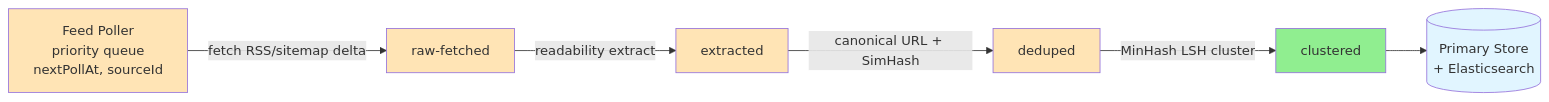
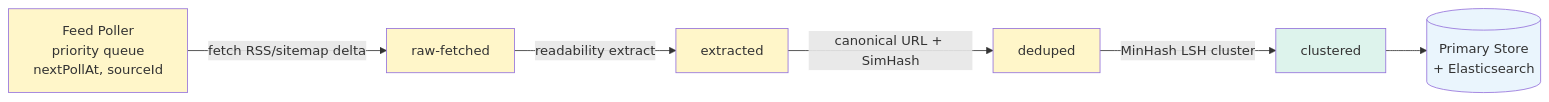
The second of 7 diagrams in LLD/questions/Design News Aggregator.md (cartmancodes/InterviewVault), drawn with Mermaid before and after one commit. The commit also changed other lines of this file and 679 other files, not shown here.

Commit message:
Unify content diagrams and add accessible visual walkthroughs

````diff
--- a/LLD/questions/Design News Aggregator.md
+++ b/LLD/questions/Design News Aggregator.md
@@ -189,22 +189,22 @@
 ```mermaid
 graph LR
     POLL[Feed Poller<br/>priority queue<br/>nextPollAt, sourceId]
     RAW[raw-fetched]
     EXT[extracted]
     DED[deduped]
     CLU[clustered]
     STORE[(Primary Store<br/>+ Elasticsearch)]
 
     POLL -->|fetch RSS/sitemap delta| RAW
     RAW -->|readability extract| EXT
     EXT -->|canonical URL + SimHash| DED
     DED -->|MinHash LSH cluster| CLU
     CLU --> STORE
 
-    style POLL fill:#FFE4B5
-    style RAW fill:#FFE4B5
-    style EXT fill:#FFE4B5
-    style DED fill:#FFE4B5
-    style CLU fill:#90EE90
-    style STORE fill:#e1f5ff
+    style POLL fill:#FFF6C9
+    style RAW fill:#FFF6C9
+    style EXT fill:#FFF6C9
+    style DED fill:#FFF6C9
+    style CLU fill:#DDF3EC
+    style STORE fill:#EAF5FD
 ```
````
